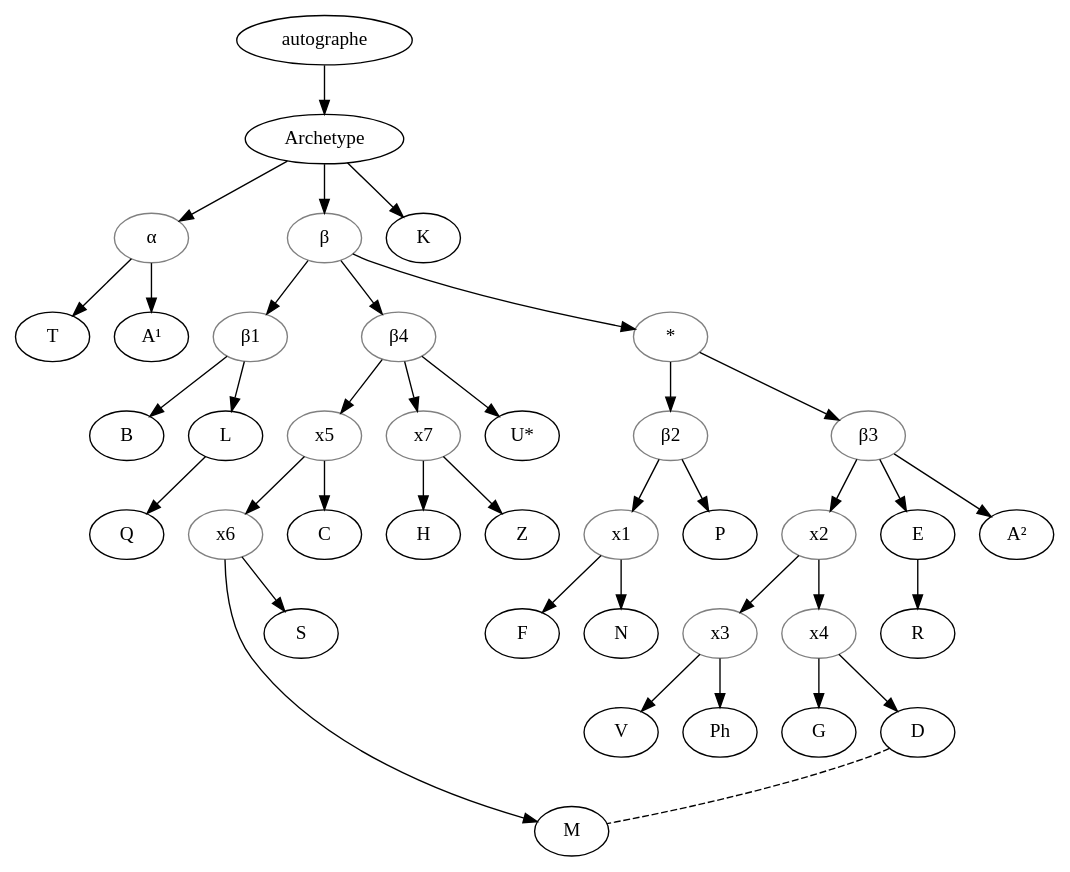
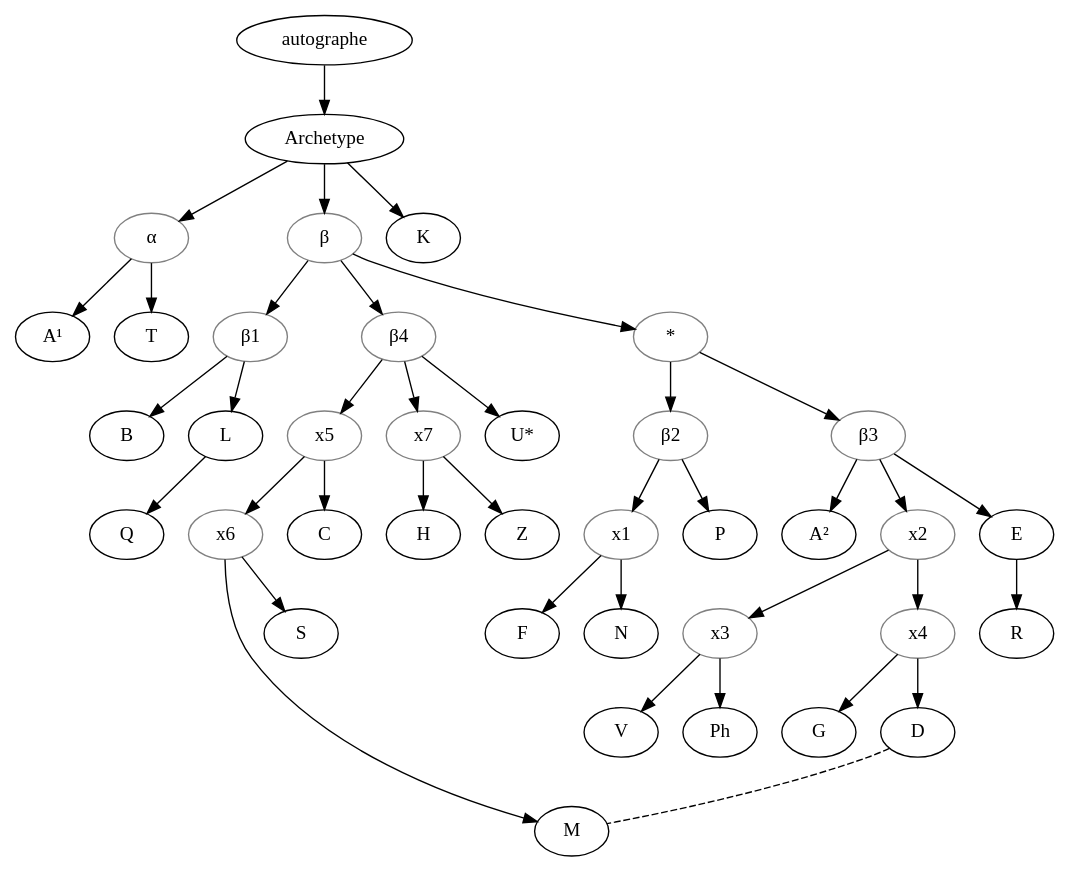
Before and after one commit to OpenStemmata/database: the diagram in data/ita/Shaw_2009_Monarchia/stemma.gv, drawn with Graphviz. The commit also changed 14 other files, not shown here.

```diff
--- a/data/ita/Shaw_2009_Monarchia/stemma.gv
+++ b/data/ita/Shaw_2009_Monarchia/stemma.gv
@@ -1,65 +1,67 @@
 digraph {
     alpha[color="grey", label="α"]
     beta[color="grey", label="β"]
+    A1[label="A¹"]
+    A2[label="A²"]
     B1[color="grey", label="β1"]
     B2[color="grey", label="β2"]
     B3[color="grey", label="β3"]
     B4[color="grey", label="β4"]
     x1[color="grey"]
     x2[color="grey"]
     x3[color="grey"]
     x4[color="grey"]
     x5[color="grey"]
     x6[color="grey"]
     x7[color="grey"]
     Uetoile[label="U*"]
     etoile[color="grey", label="*"]
 
     autographe -> Archetype;
     Archetype -> K;
     Archetype -> alpha;
     Archetype -> beta;
 
     alpha -> T;
-    alpha -> A¹;
+    alpha -> A1;
 
     beta -> B1;
     beta -> etoile;
     etoile -> B2;
     etoile -> B3;
 
     beta -> B4;
 
     B1 -> B;
     B1 -> L;
     L -> Q;
 
     B2 -> P;
     B2 -> x1;
     x1 -> F;
     x1 -> N;
 
     B3 -> x2;
     B3 -> E;
-    B3 -> A²;
+    B3 -> A2;
     E -> R;
 
     x2 -> x3;
     x2 -> x4;
     x3 -> V;
     x3 -> Ph;
 
     x4 -> G;
     x4 -> D;
 
     B4 -> x5;
     B4 -> x7;
     B4 -> Uetoile;
     x5 -> C;
     x5 -> x6;
     x6 -> M;
     x6 -> S;
     x7 -> H;
     x7 -> Z;
     D -> M[dir=none, style="dashed"];
 }
```
